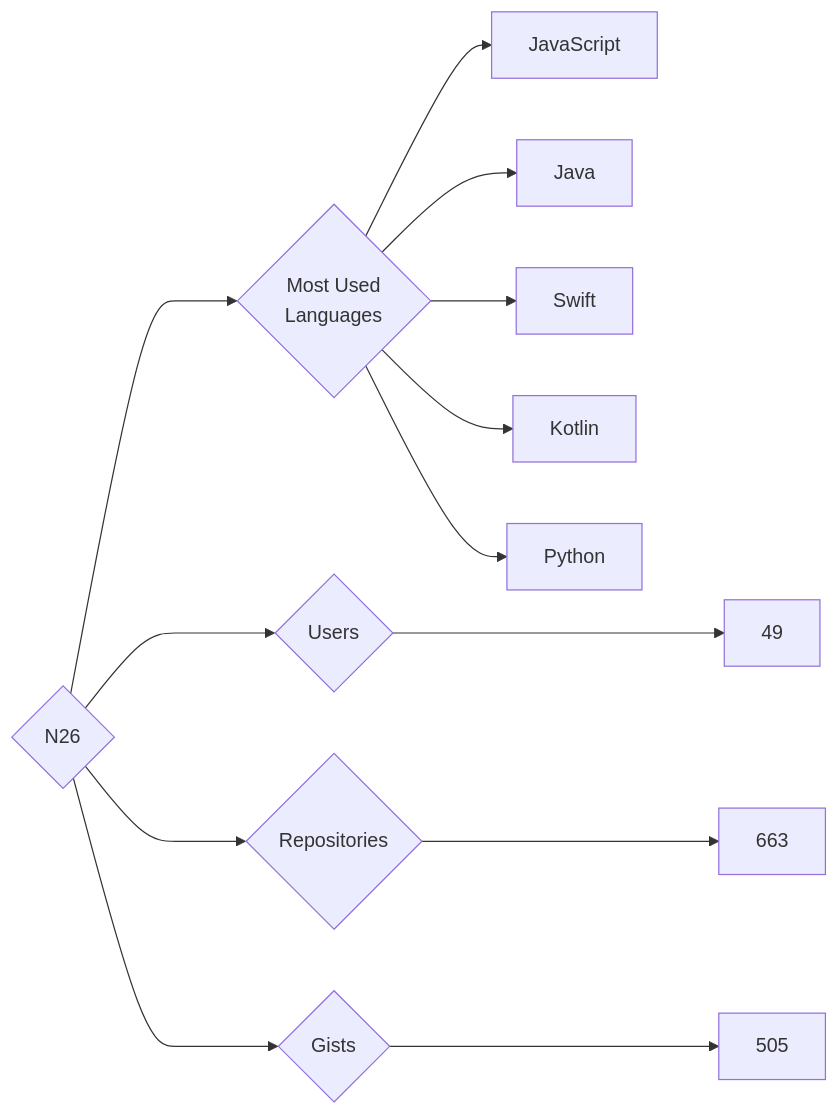
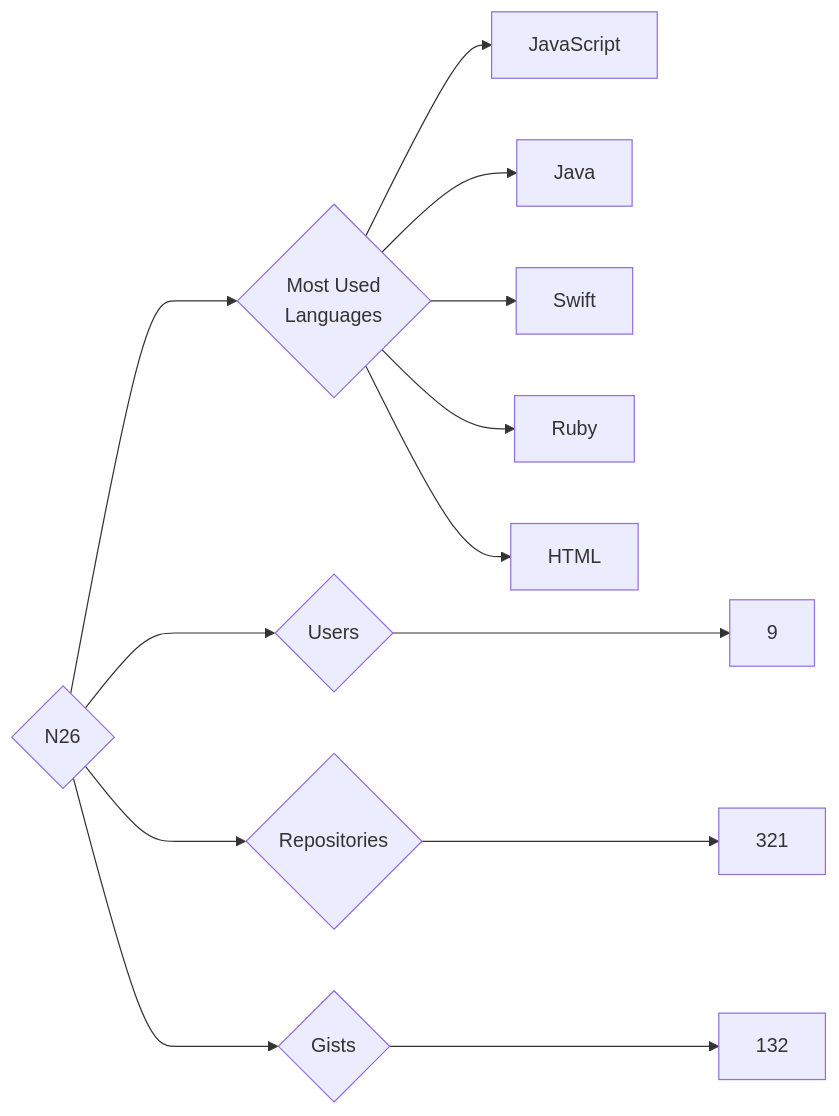
The diagram in targets/N26/README.md (trickest/insiders), drawn with Mermaid before and after one commit. The commit also changed 815 other files, not shown here.

````diff
--- a/targets/N26/README.md
+++ b/targets/N26/README.md
@@ -3,13 +3,13 @@
 ```mermaid
 graph LR
 COMPANY_NAME{N26}
-COMPANY_NAME ---> U{Users} ---> UN[49]
-COMPANY_NAME ---> R{Repositories} ---> RN[663]
-COMPANY_NAME ---> G{Gists} ---> GN[505]
+COMPANY_NAME ---> U{Users} ---> UN[9]
+COMPANY_NAME ---> R{Repositories} ---> RN[321]
+COMPANY_NAME ---> G{Gists} ---> GN[132]
 COMPANY_NAME ---> ML{Most Used<br>Languages}
 ML --> JavaScript[JavaScript]
 ML --> Java[Java]
 ML --> Swift[Swift]
-ML --> Kotlin[Kotlin]
-ML --> Python[Python]
+ML --> Ruby[Ruby]
+ML --> HTML[HTML]
 ```
````
